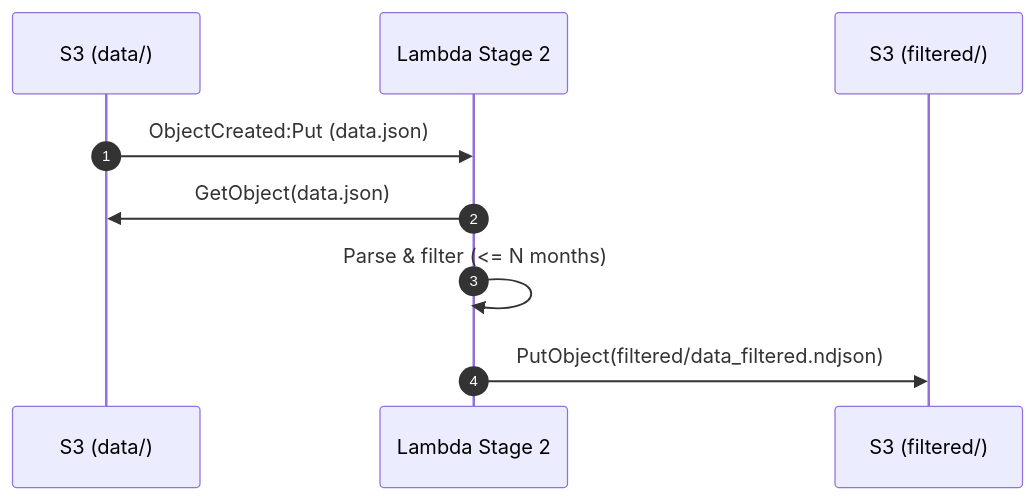
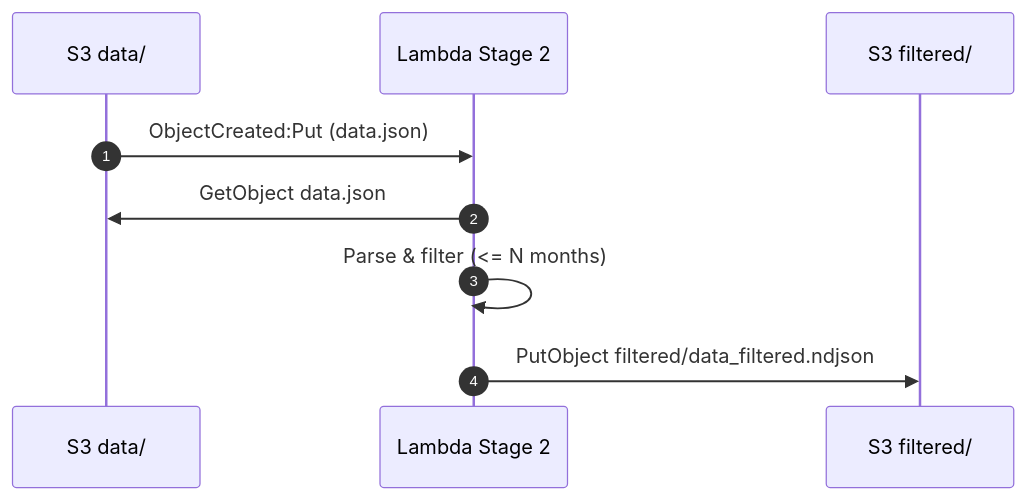
One commit to neeldave10/medlaunch-data-engineer changed the second of 3 diagrams in README.md. Above: the diagram before and after it, drawn with Mermaid. The commit also changed other lines of this file, not shown here.

````diff
--- a/README.md
+++ b/README.md
@@ -129,12 +128,12 @@
 ```mermaid
 sequenceDiagram
   autonumber
-  participant S3 as S3 (data/)
+  participant S3 as S3 data/
   participant L2 as Lambda Stage 2
-  participant S3o as S3 (filtered/)
+  participant S3o as S3 filtered/
 
   S3->>L2: ObjectCreated:Put (data.json)
-  L2->>S3: GetObject(data.json)
+  L2->>S3: GetObject data.json
   L2->>L2: Parse & filter (<= N months)
-  L2->>S3o: PutObject(filtered/data_filtered.ndjson)
+  L2->>S3o: PutObject filtered/data_filtered.ndjson
 ```
````
